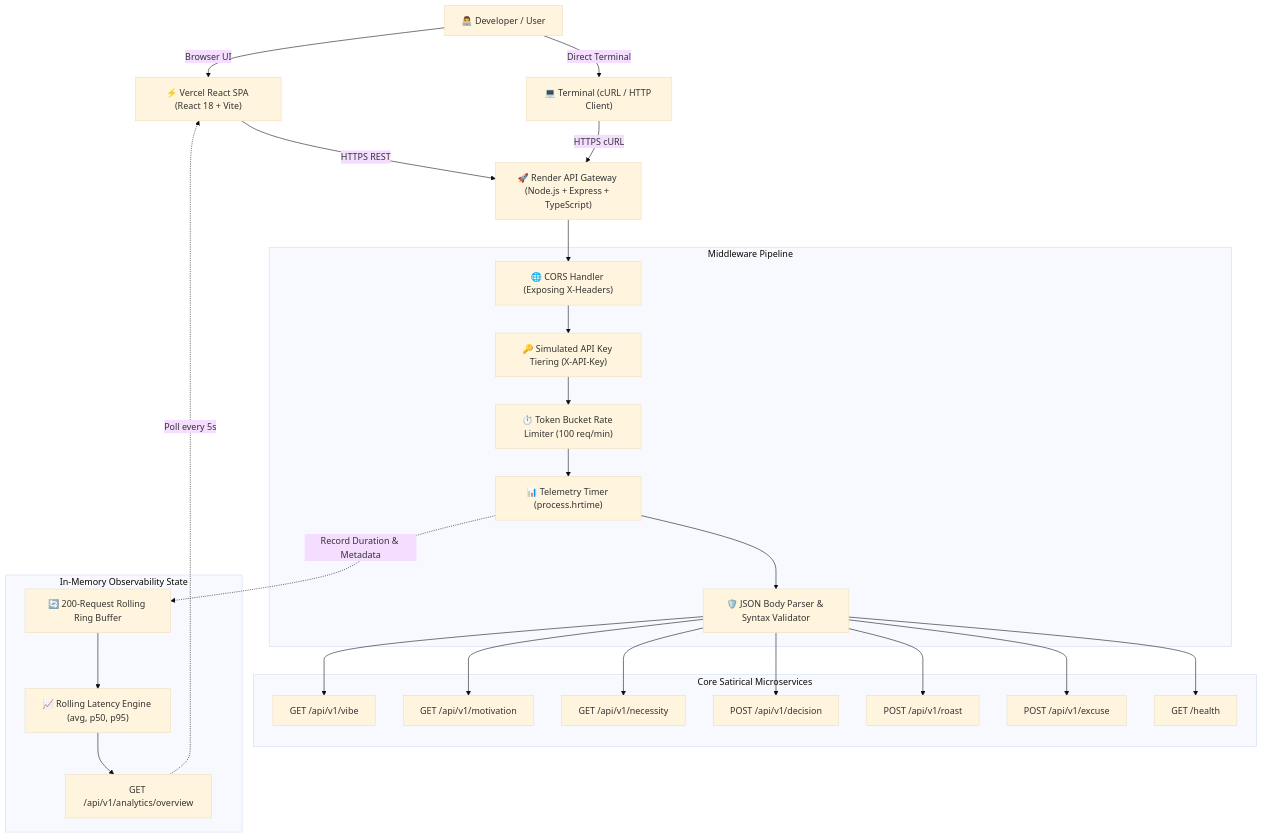
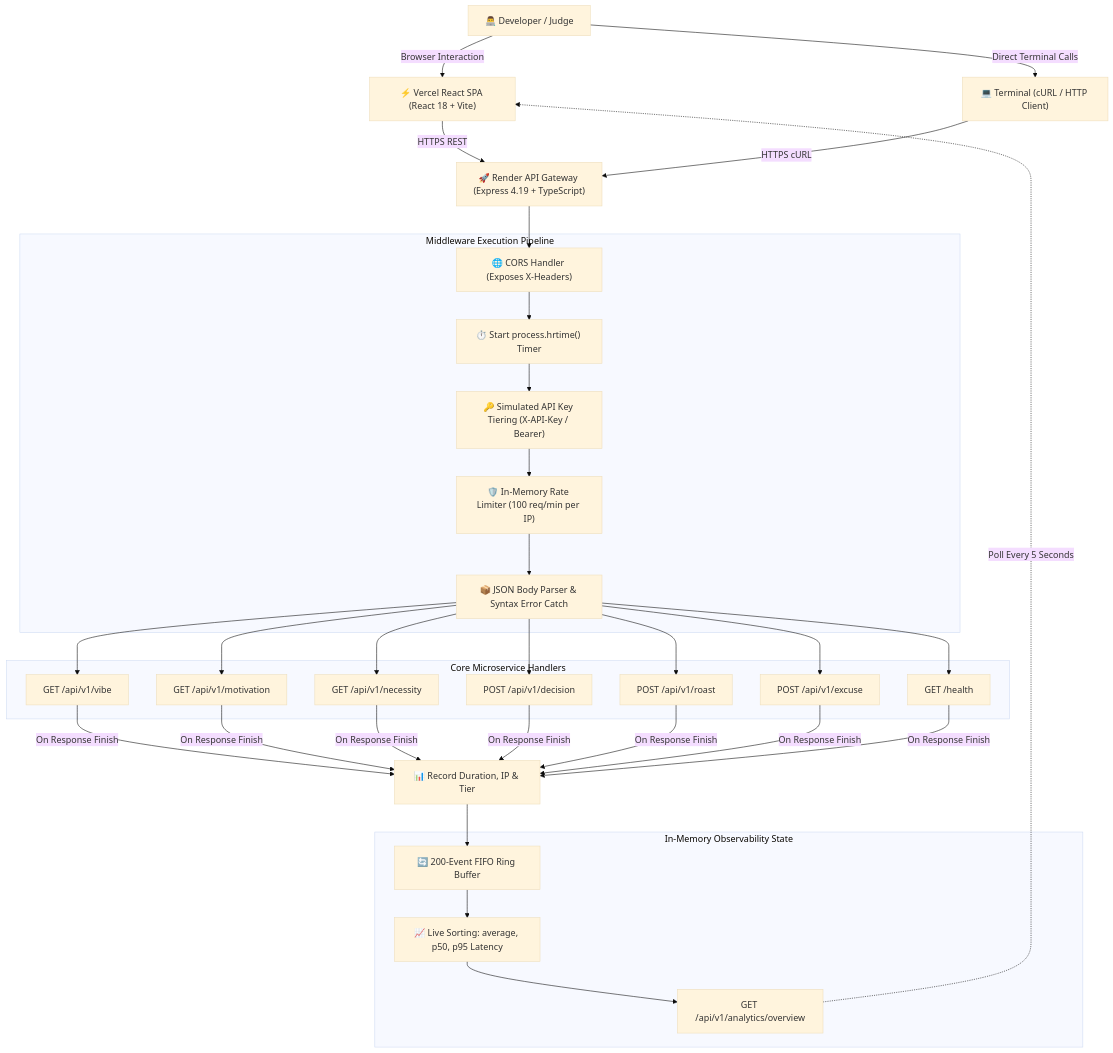
The diagram in README.md (jisssz/hell-yeah-useless-api), drawn with Mermaid (base theme) before and after one commit. The commit also changed other lines of this file, not shown here.

````diff
--- a/README.md
+++ b/README.md
@@ -148,51 +223,46 @@
 ```mermaid
 flowchart TD
-    User["👨‍💻 Developer / User"]
-    Client["⚡ Vercel React SPA (React 18 + Vite)"]
+    User["👨‍💻 Developer / Judge"]
+    Browser["⚡ Vercel React SPA (React 18 + Vite)"]
     Terminal["💻 Terminal (cURL / HTTP Client)"]
-    Gateway["🚀 Render API Gateway (Node.js + Express + TypeScript)"]
+    Gateway["🚀 Render API Gateway (Express 4.19 + TypeScript)"]
     
-    subgraph "Middleware Pipeline"
-        CORS["🌐 CORS Handler (Exposing X-Headers)"]
-        Auth["🔑 Simulated API Key Tiering (X-API-Key)"]
-        Limiter["⏱️ Token Bucket Rate Limiter (100 req/min)"]
-        Telemetry["📊 Telemetry Timer (process.hrtime)"]
-        Validator["🛡️ JSON Body Parser & Syntax Validator"]
+    subgraph "Middleware Execution Pipeline"
+        CORS["🌐 CORS Handler (Exposes X-Headers)"]
+        TelemetryPre["⏱️ Start process.hrtime() Timer"]
+        Auth["🔑 Simulated API Key Tiering (X-API-Key / Bearer)"]
+        Limiter["🛡️ In-Memory Rate Limiter (100 req/min per IP)"]
+        Parser["📦 JSON Body Parser & Syntax Error Catch"]
     end
 
-    subgraph "Core Satirical Microservices"
-        Vibe["GET /api/v1/vibe"]
-        Motivation["GET /api/v1/motivation"]
-        Necessity["GET /api/v1/necessity"]
-        Decision["POST /api/v1/decision"]
-        Roast["POST /api/v1/roast"]
-        Excuse["POST /api/v1/excuse"]
-        Health["GET /health"]
+    subgraph "Core Microservice Handlers"
+        H1["GET /api/v1/vibe"]
+        H2["GET /api/v1/motivation"]
+        H3["GET /api/v1/necessity"]
+        H4["POST /api/v1/decision"]
+        H5["POST /api/v1/roast"]
+        H6["POST /api/v1/excuse"]
+        H7["GET /health"]
     end
 
     subgraph "In-Memory Observability State"
-        RingBuffer["🔄 200-Request Rolling Ring Buffer"]
-        PercentileCalc["📈 Rolling Latency Engine (avg, p50, p95)"]
-        Analytics["GET /api/v1/analytics/overview"]
+        RingBuffer["🔄 200-Event FIFO Ring Buffer"]
+        PercentileEngine["📈 Live Sorting: average, p50, p95 Latency"]
+        AnalyticsRoute["GET /api/v1/analytics/overview"]
     end
 
-    User -->|Browser UI| Client
-    User -->|Direct Terminal| Terminal
-    Client -->|HTTPS REST| Gateway
+    User -->|Browser Interaction| Browser
+    User -->|Direct Terminal Calls| Terminal
+    Browser -->|HTTPS REST| Gateway
     Terminal -->|HTTPS cURL| Gateway
     
-    Gateway --> CORS --> Auth --> Limiter --> Telemetry --> Validator
+    Gateway --> CORS --> TelemetryPre --> Auth --> Limiter --> Parser
     
-    Validator --> Vibe
-    Validator --> Motivation
-    Validator --> Necessity
-    Validator --> Decision
-    Validator --> Roast
-    Validator --> Excuse
-    Validator --> Health
+    Parser --> H1 & H2 & H3 & H4 & H5 & H6 & H7
     
-    Telemetry -.->|Record Duration & Metadata| RingBuffer
-    RingBuffer --> PercentileCalc
-    PercentileCalc --> Analytics
-    Analytics -.->|Poll every 5s| Client
+    H1 & H2 & H3 & H4 & H5 & H6 & H7 -->|On Response Finish| TelemetryPost["📊 Record Duration, IP & Tier"]
+    TelemetryPost --> RingBuffer
+    RingBuffer --> PercentileEngine
+    PercentileEngine --> AnalyticsRoute
+    AnalyticsRoute -.->|Poll Every 5 Seconds| Browser
 ```
````
